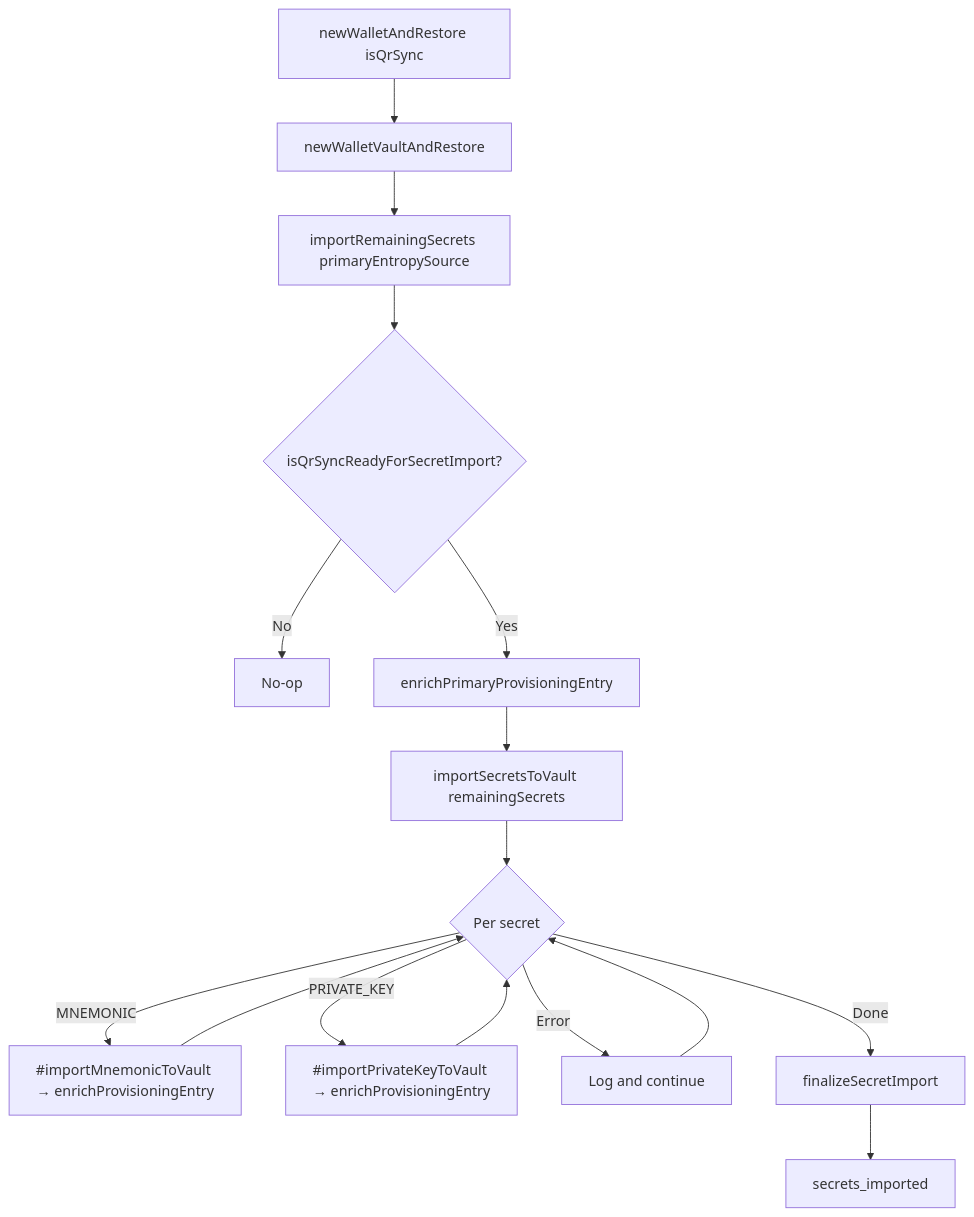
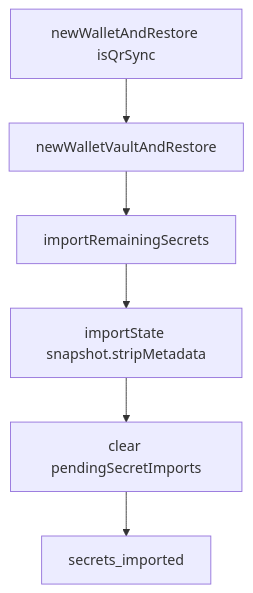
Before and after one commit to MetaMask/metamask-mobile: the third of 4 diagrams in docs/qr-sync/provisioning-technical.md, drawn with Mermaid. The commit also changed other lines of this file and 32 other files, not shown here.

First line of the commit message:
refactor: use `AccountTreeController:importState` in QR sync flow (#34760)

````diff
--- a/docs/qr-sync/provisioning-technical.md
+++ b/docs/qr-sync/provisioning-technical.md
@@ -208,18 +192,8 @@
 ```mermaid
 flowchart TD
     A[newWalletAndRestore isQrSync] --> B[newWalletVaultAndRestore]
-    B --> C[importRemainingSecrets primaryEntropySource]
-    C --> D{isQrSyncReadyForSecretImport?}
-    D -->|No| Z[No-op]
-    D -->|Yes| E[enrichPrimaryProvisioningEntry]
-    E --> F[importSecretsToVault remainingSecrets]
-    F --> G{Per secret}
-    G -->|MNEMONIC| H[#importMnemonicToVault → enrichProvisioningEntry]
-    G -->|PRIVATE_KEY| I[#importPrivateKeyToVault → enrichProvisioningEntry]
-    G -->|Error| J[Log and continue]
-    H --> G
-    I --> G
-    J --> G
-    G -->|Done| K[finalizeSecretImport]
-    K --> L[secrets_imported]
+    B --> C[importRemainingSecrets]
+    C --> D[importState snapshot.stripMetadata]
+    D --> E[clear pendingSecretImports]
+    E --> F[secrets_imported]
 ```
````
